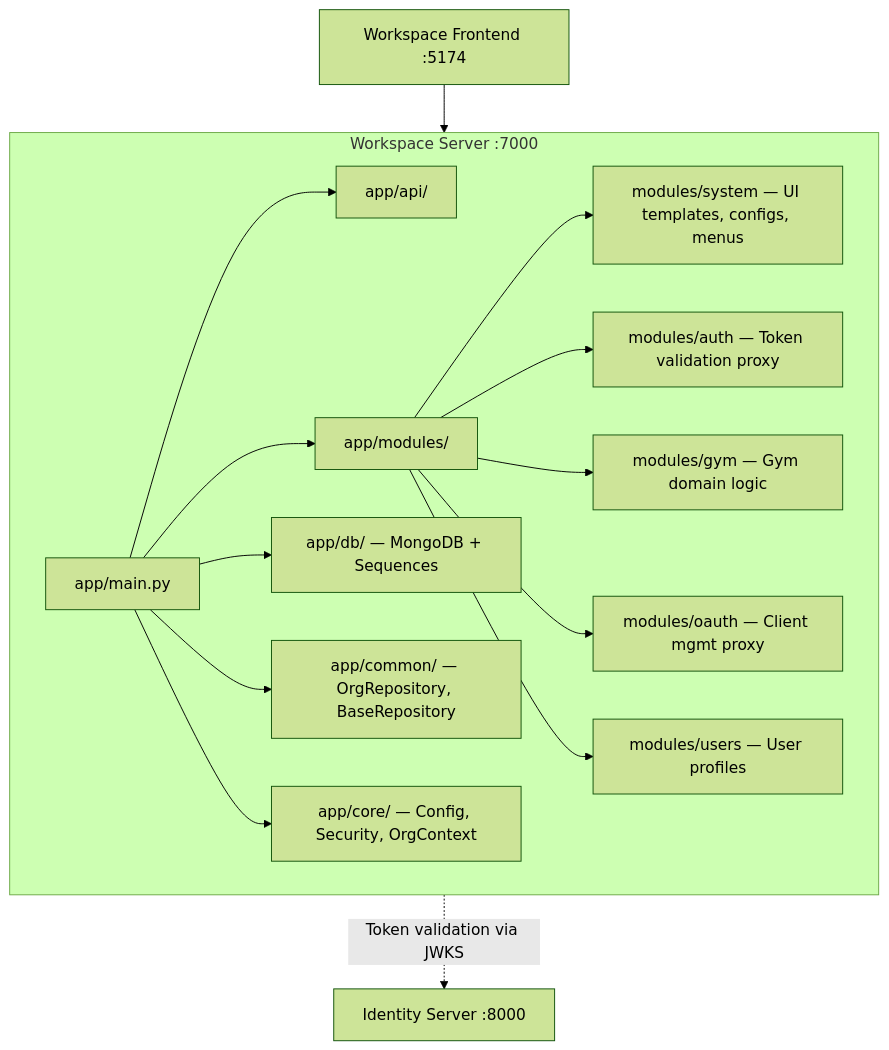
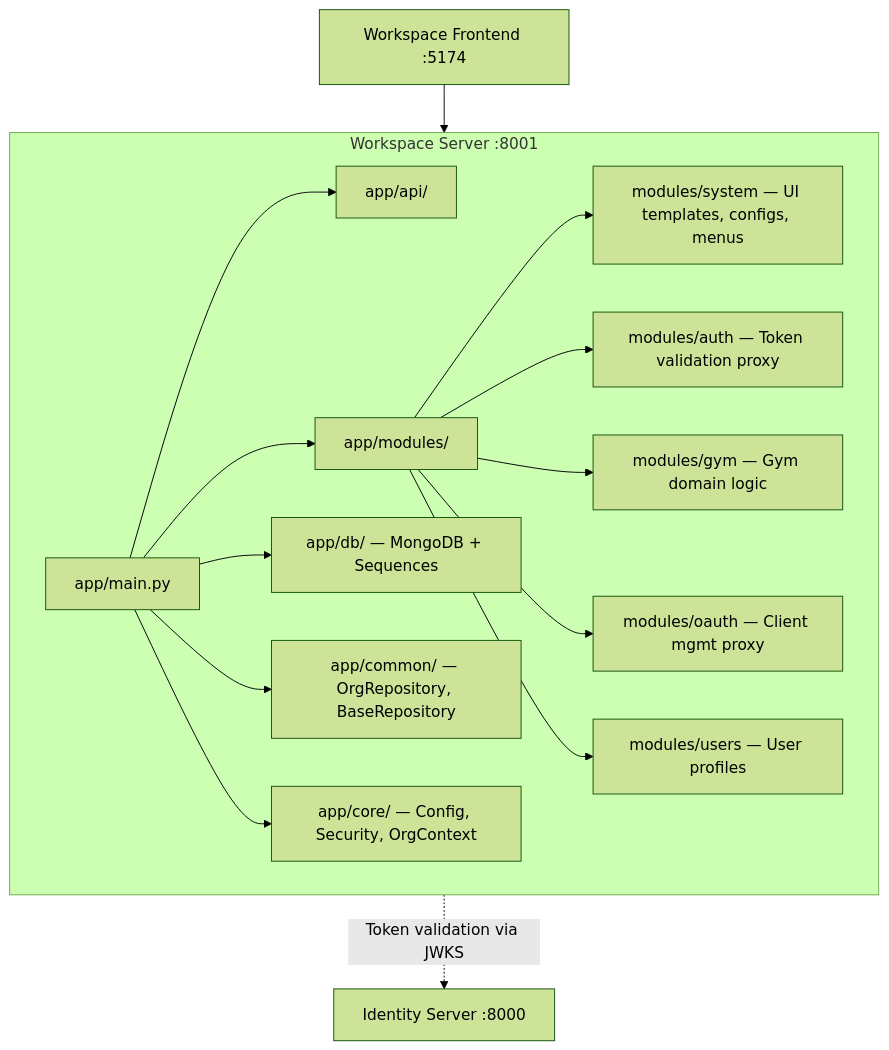
One commit to chikuu29/saas_platform changed the first of 3 diagrams in .codex/skills/workspace-backend/SKILL.md. Above: the diagram before and after it, drawn with Mermaid (forest theme). The commit also changed other lines of this file and 14 other files, not shown here.

````diff
--- a/.codex/skills/workspace-backend/SKILL.md
+++ b/.codex/skills/workspace-backend/SKILL.md
@@ -14,18 +14,18 @@
 ```mermaid
 graph TD
-    subgraph Workspace["Workspace Server :7000"]
+    subgraph Workspace["Workspace Server :8001"]
         MAIN[app/main.py] --> API[app/api/]
         MAIN --> MODULES[app/modules/]
         MODULES --> SYSTEM[modules/system — UI templates, configs, menus]
         MODULES --> AUTH[modules/auth — Token validation proxy]
         MODULES --> GYM[modules/gym — Gym domain logic]
         MODULES --> OAUTH[modules/oauth — Client mgmt proxy]
         MODULES --> USERS[modules/users — User profiles]
         MAIN --> DB[app/db/ — MongoDB + Sequences]
         MAIN --> COMMON[app/common/ — OrgRepository, BaseRepository]
         MAIN --> CORE[app/core/ — Config, Security, OrgContext]
     end
 
     FE[Workspace Frontend :5174] --> Workspace
     Workspace -.->|Token validation via JWKS| IBE[Identity Server :8000]
 ```
````
